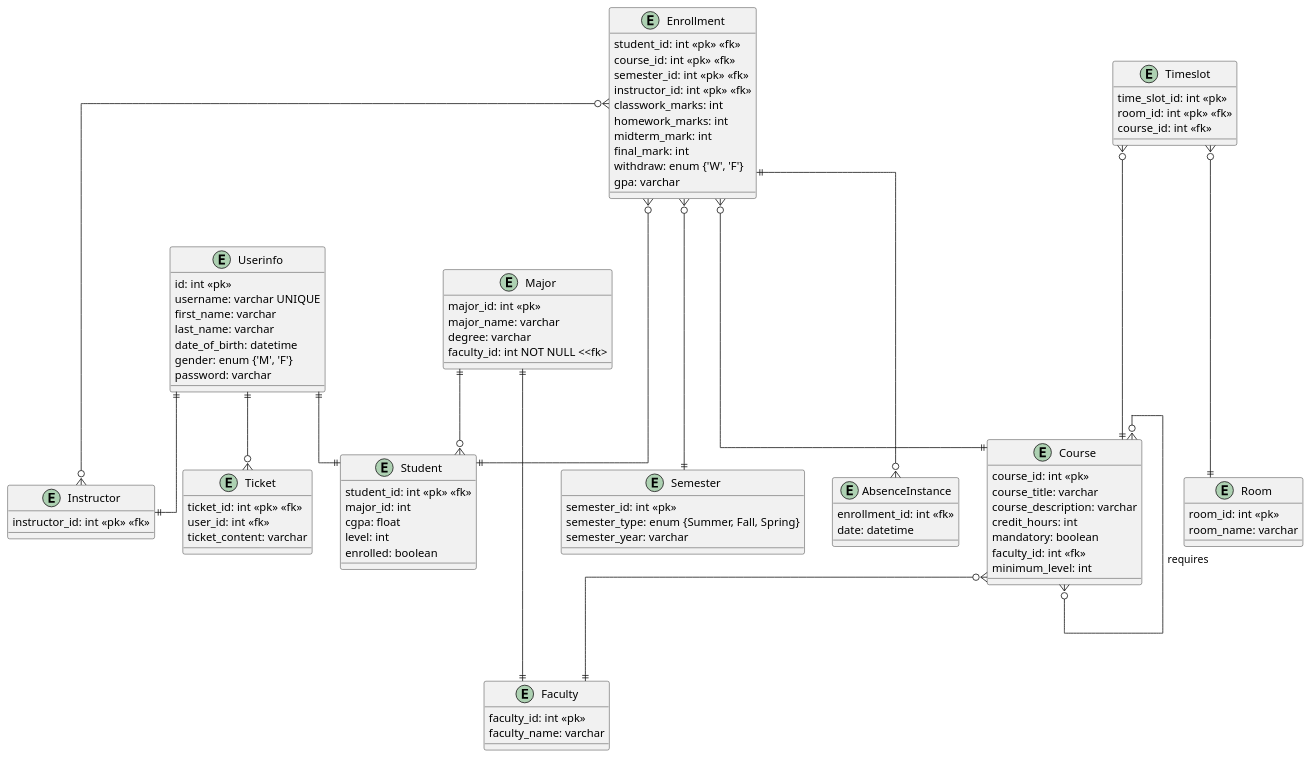
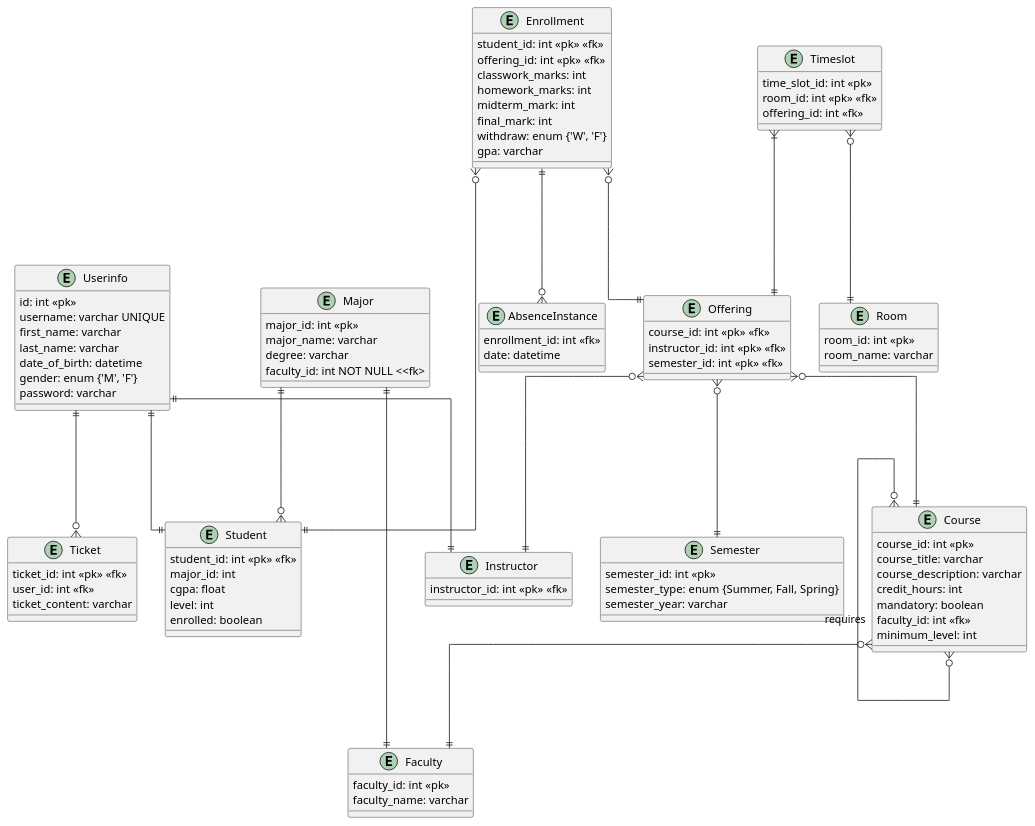
The diagram in docs/erd.pu (Mo2men66/project-sis), drawn with PlantUML before and after one commit.

Commit message:
backend: update erd

```diff
--- a/docs/erd.pu
+++ b/docs/erd.pu
@@ -1,110 +1,115 @@
 @startuml
 
 skinparam linetype ortho
 
 Entity Userinfo {
     id: int <<pk>>
     username: varchar UNIQUE
     first_name: varchar
     last_name: varchar
     date_of_birth: datetime
     gender: enum {'M', 'F'}
     password: varchar
 }
 
 Entity Student {
     student_id: int <<pk>> <<fk>>
     major_id: int
     cgpa: float
     level: int
     enrolled: boolean
 }
 
 Entity Instructor {
     instructor_id: int <<pk>> <<fk>>
 }
 
 Entity Ticket {
     ticket_id: int <<pk>> <<fk>>
     user_id: int <<fk>>
     ticket_content: varchar
 }
 
 Entity Semester {
     semester_id: int <<pk>>
     semester_type: enum {Summer, Fall, Spring}
     semester_year: varchar
 }
 
+Entity Offering {
+    course_id: int <<pk>> <<fk>>
+    instructor_id: int <<pk>> <<fk>>
+    semester_id: int <<pk>> <<fk>>
+}
+
 Entity Enrollment {
     student_id: int <<pk>> <<fk>>
-    course_id: int <<pk>> <<fk>>
-    semester_id: int <<pk>> <<fk>>
-    instructor_id: int <<pk>> <<fk>>
+    offering_id: int <<pk>> <<fk>>
     classwork_marks: int
     homework_marks: int
     midterm_mark: int
     final_mark: int
     withdraw: enum {'W', 'F'}
     gpa: varchar
 }
 
 Entity AbsenceInstance {
     enrollment_id: int <<fk>>
     date: datetime
 }
 
 Entity Faculty {
     faculty_id: int <<pk>>
     faculty_name: varchar
 }
 
 Entity Major {
     major_id: int <<pk>>
     major_name: varchar
     degree: varchar
     faculty_id: int NOT NULL <<fk>
 
 }
 
 Entity Timeslot {
     time_slot_id: int <<pk>>
     room_id: int <<pk>> <<fk>>
-    course_id: int <<fk>>
+    offering_id: int <<fk>>
 
 }
 
 Entity Room {
     room_id: int <<pk>>
     room_name: varchar
 
 }
 
 Entity Course {
     course_id: int <<pk>>
     course_title: varchar
     course_description: varchar
     credit_hours: int
     mandatory: boolean
     faculty_id: int <<fk>>
     minimum_level: int
 
 }
 
-Userinfo ||--|| Instructor
-Userinfo ||--|| Student
-Userinfo ||--o{ Ticket
-Major ||--o{ Student
-Major ||--|| Faculty
-Enrollment }o---o{ Instructor
+Userinfo   ||---|| Instructor
+Userinfo   ||---|| Student
+Userinfo   ||---o{ Ticket
+Major      ||---o{ Student
+Major      ||---|| Faculty
+Enrollment }o---|| Offering
+Offering   }o---|| Course
+Offering   }o---|| Semester
+Offering   }o---|| Instructor
 Enrollment }o---|| Student
-Enrollment }o---|| Course
-Enrollment }o---|| Semester
 Enrollment ||---o{ AbsenceInstance
-Course }o---|| Faculty
-Timeslot }o---|| Room
-Timeslot }o---|| Course
+Course     }o---|| Faculty
+Timeslot   }o---|| Room
+Timeslot   }|---|| Offering
 
 Course }o---o{ Course: requires
 
 @enduml
```
